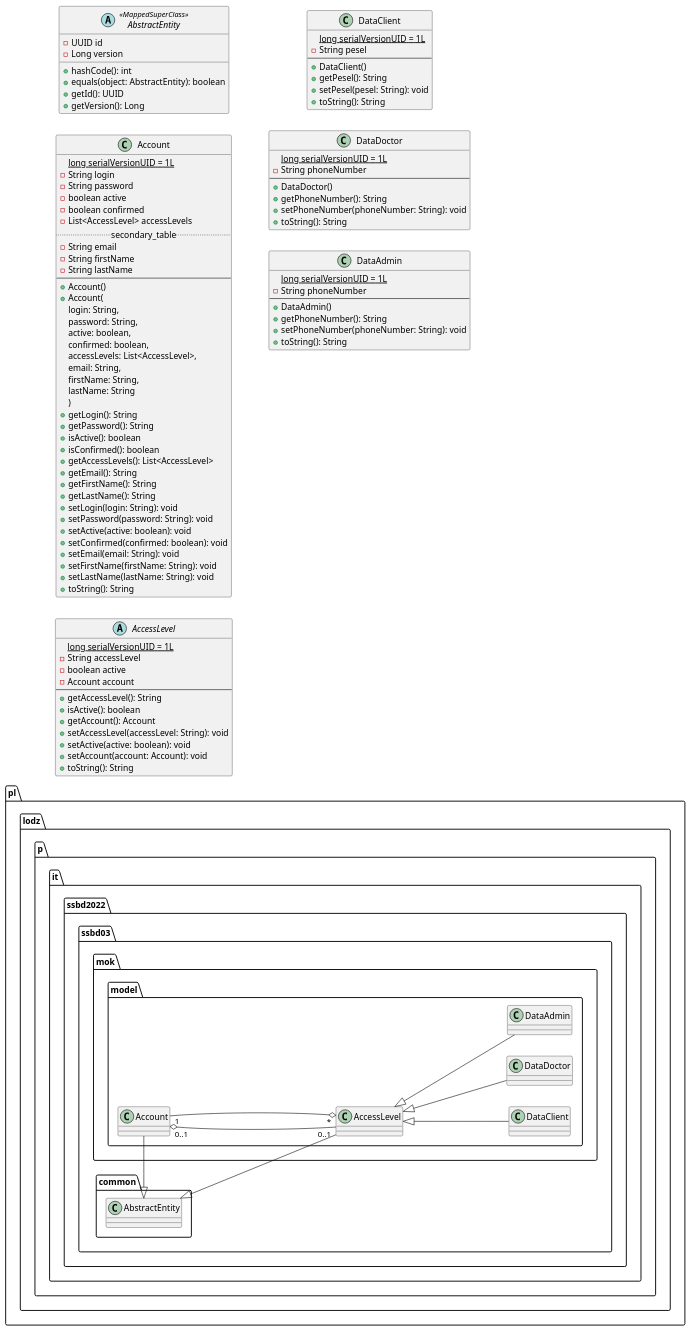
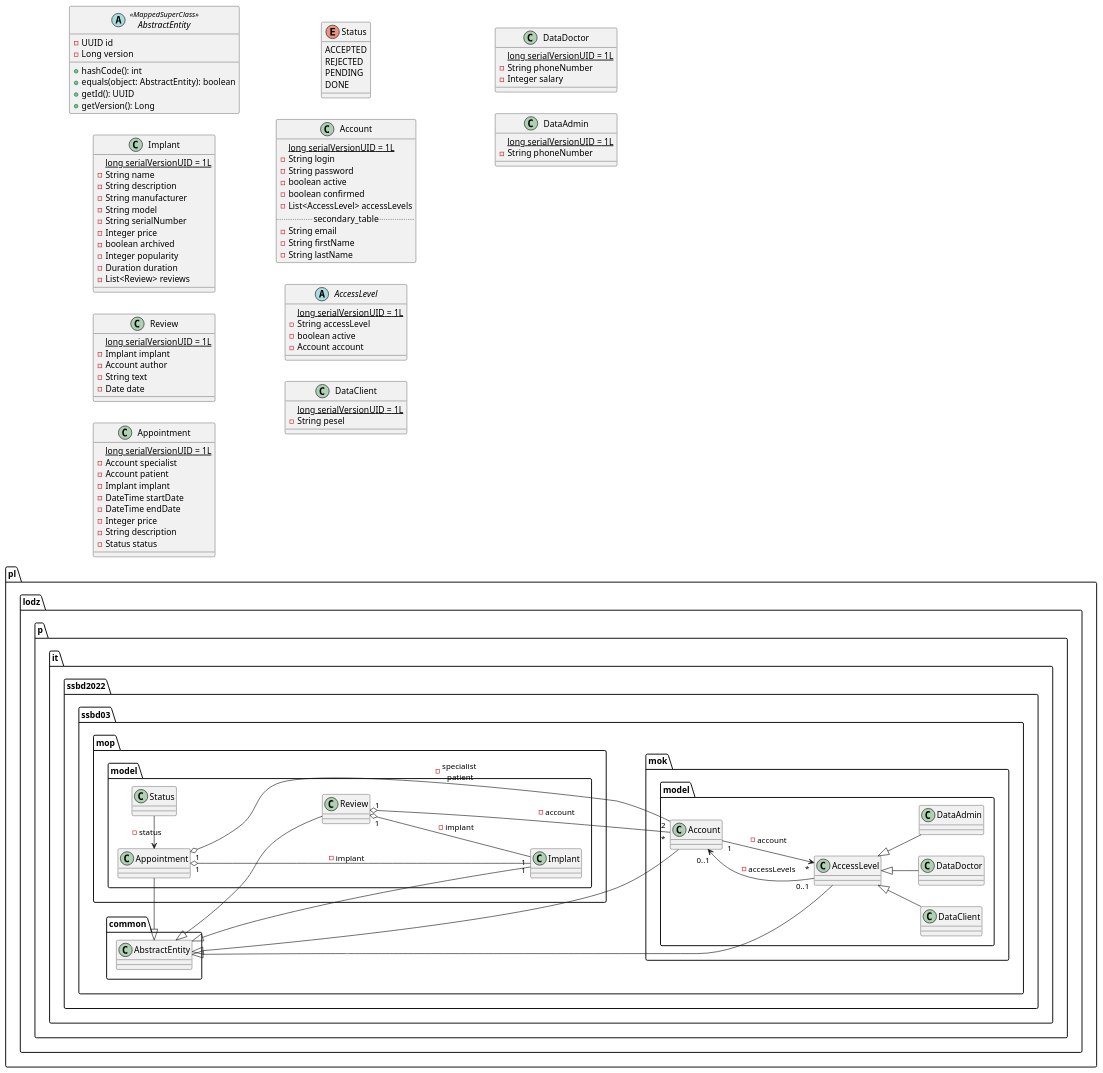
The diagram in src/rozdział 6/mok_class_model.puml (TheVivent-Politechnika-Lodzka/ssbd03_kic_uml), drawn with PlantUML before and after one commit.

Commit message:
class model

```diff
--- a/src/rozdział 6/mok_class_model.puml
+++ b/src/rozdział 6/mok_class_model.puml
@@ -1,118 +1,168 @@
 @startuml model
 left to right direction
 
-' to będzie trzeba przenieść do ssbd03.mok.model
 package pl.lodz.p.it.ssbd2022.ssbd03.mok.model {
-    AccessLevel "*" o-- "1" Account
-    Account "0..1" o-- "0..1" AccessLevel
+    AccessLevel "*" <-- "1" Account : - account
+    Account "0..1" <-- "0..1" AccessLevel : - accessLevels
 
     AccessLevel <|-- DataClient
     AccessLevel <|-- DataDoctor
     AccessLevel <|-- DataAdmin
 }
 
+package pl.lodz.p.it.ssbd2022.ssbd03.mop.model {
+    Appointment "1" o---- "2" Account : - specialist \n patient
+    Appointment "1" o--- "1" Implant : - implant
+    Review "1" o- "*" Account : - account
+    Review "1" o-- "1" Implant : - implant
+    Appointment <- Status : - status
+}
 
 package pl.lodz.p.it.ssbd2022.ssbd03.common {
     AbstractEntity <|- Account 
-    AbstractEntity <|- AccessLevel
+    AbstractEntity <|-- AccessLevel
+    AbstractEntity <|--- Implant
+    AbstractEntity <|- Review
+    AbstractEntity <|- Appointment
 }
 
 
 abstract class AbstractEntity <<MappedSuperClass>> {
     -UUID id
     -Long version
 
     +hashCode(): int
     +equals(object: AbstractEntity): boolean
     +getId(): UUID
     +getVersion(): Long
 }
 
+class Implant {
+    {static} long serialVersionUID = 1L
+    -String name
+    -String description
+    -String manufacturer
+    -String model
+    -String serialNumber
+    -Integer price
+    -boolean archived
+    -Integer popularity
+    -Duration duration
+    -List<Review> reviews
+}
+
+class Review {
+    {static} long serialVersionUID = 1L
+    -Implant implant
+    -Account author
+    -String text
+    -Date date
+}
+
+class Appointment {
+    {static} long serialVersionUID = 1L
+    -Account specialist
+    -Account patient
+    -Implant implant
+    -DateTime startDate
+    -DateTime endDate
+    -Integer price
+    -String description
+    -Status status
+}
+
+enum Status {
+    ACCEPTED
+    REJECTED
+    PENDING
+    DONE
+}
 
 class Account {
     {static} long serialVersionUID = 1L
     -String login
     -String password
     -boolean active
     -boolean confirmed
     -List<AccessLevel> accessLevels
     .. secondary_table ..
     -String email
     -String firstName
     -String lastName
-    --
-    +Account()
-    +Account(
-        login: String,
-        password: String,
-        active: boolean,
-        confirmed: boolean,
-        accessLevels: List<AccessLevel>,
-        email: String,
-        firstName: String,
-        lastName: String
-    )
-    +getLogin(): String
-    +getPassword(): String
-    +isActive(): boolean
-    +isConfirmed(): boolean
-    +getAccessLevels(): List<AccessLevel>
-    +getEmail(): String
-    +getFirstName(): String
-    +getLastName(): String
-    +setLogin(login: String): void
-    +setPassword(password: String): void
-    +setActive(active: boolean): void
-    +setConfirmed(confirmed: boolean): void
-    +setEmail(email: String): void
-    +setFirstName(firstName: String): void
-    +setLastName(lastName: String): void
-    +toString(): String
+    ' --
+    ' +Account()
+    ' +Account(
+    '     login: String,
+    '     password: String,
+    '     active: boolean,
+    '     confirmed: boolean,
+    '     accessLevels: List<AccessLevel>,
+    '     email: String,
+    '     firstName: String,
+    '     lastName: String
+    ' )
+    ' +getLogin(): String
+    ' +getPassword(): String
+    ' +isActive(): boolean
+    ' +isConfirmed(): boolean
+    ' +getAccessLevels(): List<AccessLevel>
+    ' +getEmail(): String
+    ' +getFirstName(): String
+    ' +getLastName(): String
+    ' +setLogin(login: String): void
+    ' +setPassword(password: String): void
+    ' +setActive(active: boolean): void
+    ' +setConfirmed(confirmed: boolean): void
+    ' +setEmail(email: String): void
+    ' +setFirstName(firstName: String): void
+    ' +setLastName(lastName: String): void
+    ' +toString(): String
 }
 
 abstract class AccessLevel {
     {static} long serialVersionUID = 1L
     -String accessLevel
     -boolean active
     -Account account
-    --
-    +getAccessLevel(): String
-    +isActive(): boolean
-    +getAccount(): Account
-    +setAccessLevel(accessLevel: String): void
-    +setActive(active: boolean): void
-    +setAccount(account: Account): void
-    +toString(): String
+    ' --
+    ' +getAccessLevel(): String
+    ' +isActive(): boolean
+    ' +getAccount(): Account
+    ' +setAccessLevel(accessLevel: String): void
+    ' +setActive(active: boolean): void
+    ' +setAccount(account: Account): void
+    ' +toString(): String
 }
 
 class DataClient {
     {static} long serialVersionUID = 1L
     -String pesel
-    --
-    +DataClient()
-    +getPesel(): String
-    +setPesel(pesel: String): void
-    +toString(): String
+    ' --
+    ' +DataClient()
+    ' +getPesel(): String
+    ' +setPesel(pesel: String): void
+    ' +toString(): String
 }
 
 class DataDoctor {
     {static} long serialVersionUID = 1L
     -String phoneNumber
-    --
-    +DataDoctor()
-    +getPhoneNumber(): String
-    +setPhoneNumber(phoneNumber: String): void
-    +toString(): String
+    -Integer salary
+    ' --
+    ' +DataDoctor()
+    ' +getPhoneNumber(): String
+    ' +setPhoneNumber(phoneNumber: String): void
+    ' +toString(): String
 }
 
 class DataAdmin {
     {static} long serialVersionUID = 1L
     -String phoneNumber
-    --
-    +DataAdmin()
-    +getPhoneNumber(): String
-    +setPhoneNumber(phoneNumber: String): void
-    +toString(): String
+    ' --
+    ' +DataAdmin()
+    ' +getPhoneNumber(): String
+    ' +setPhoneNumber(phoneNumber: String): void
+    ' +toString(): String
 }
 
 @enduml
```
